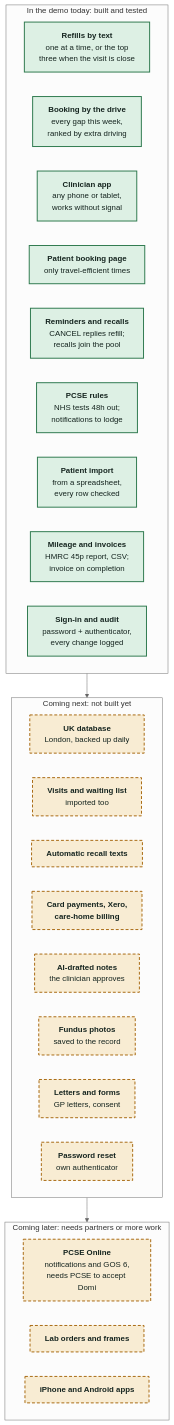
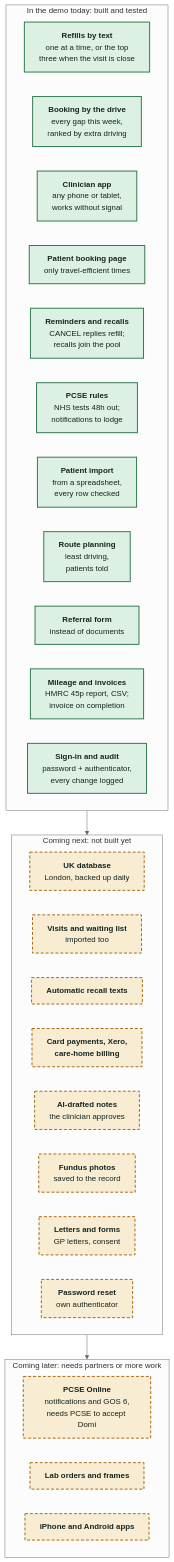
Before and after one commit to yameenbux/audiologydomi: the diagram in assets/diagrams/02-built-and-coming.mmd, drawn with Mermaid (neutral theme). The commit also changed 27 other files, not shown here.

First line of the commit message:
Branded showcase: practice branding, North West towns, route planning, referrals (#26)

```diff
--- a/assets/diagrams/02-built-and-coming.mmd
+++ b/assets/diagrams/02-built-and-coming.mmd
@@ -1,38 +1,40 @@
 flowchart TB
     subgraph NOW["In the demo today: built and tested"]
         direction LR
         A1["<b>Refills by text</b><br/>one at a time, or the top<br/>three when the visit is close"]
         A2["<b>Booking by the drive</b><br/>every gap this week,<br/>ranked by extra driving"]
         A3["<b>Clinician app</b><br/>any phone or tablet,<br/>works without signal"]
         A4["<b>Patient booking page</b><br/>only travel-efficient times"]
         A5["<b>Reminders and recalls</b><br/>CANCEL replies refill;<br/>recalls join the pool"]
         A8["<b>PCSE rules</b><br/>NHS tests 48h out;<br/>notifications to lodge"]
         A9["<b>Patient import</b><br/>from a spreadsheet,<br/>every row checked"]
+        A10["<b>Route planning</b><br/>least driving,<br/>patients told"]
+        A11["<b>Referral form</b><br/>instead of documents"]
         A6["<b>Mileage and invoices</b><br/>HMRC 45p report, CSV;<br/>invoice on completion"]
         A7["<b>Sign-in and audit</b><br/>password + authenticator,<br/>every change logged"]
     end
     subgraph NEXT["Coming next: not built yet"]
         direction LR
         B1["<b>UK database</b><br/>London, backed up daily"]
         B2["<b>Visits and waiting list</b><br/>imported too"]
         B3["<b>Automatic recall texts</b>"]
         B4["<b>Card payments, Xero,</b><br/><b>care-home billing</b>"]
         B5["<b>AI-drafted notes</b><br/>the clinician approves"]
         B8["<b>Fundus photos</b><br/>saved to the record"]
         B6["<b>Letters and forms</b><br/>GP letters, consent"]
         B7["<b>Password reset</b><br/>own authenticator"]
     end
     subgraph LATER["Coming later: needs partners or more work"]
         direction LR
         L1["<b>PCSE Online</b><br/>notifications and GOS 6,<br/>needs PCSE to accept Domi"]
         L2["<b>Lab orders and frames</b>"]
         L3["<b>iPhone and Android apps</b>"]
     end
     NOW --> NEXT --> LATER
 
     classDef core fill:#1E4D40,stroke:#E07B4F,stroke-width:3px,color:#FFFFFF
     classDef live fill:#DDF0E4,stroke:#2F7A4F,stroke-width:2px,color:#15241F
     classDef dev fill:#F8ECD3,stroke:#A86A12,stroke-width:2px,stroke-dasharray:6 4,color:#15241F
     classDef ext fill:#EBEFEA,stroke:#8A968F,stroke-width:1.5px,color:#15241F
-    class A1,A2,A3,A4,A5,A6,A7,A8,A9 live
+    class A1,A2,A3,A4,A5,A6,A7,A8,A9,A10,A11 live
     class B1,B2,B3,B4,B5,B6,B7,B8,L1,L2,L3 dev
```
